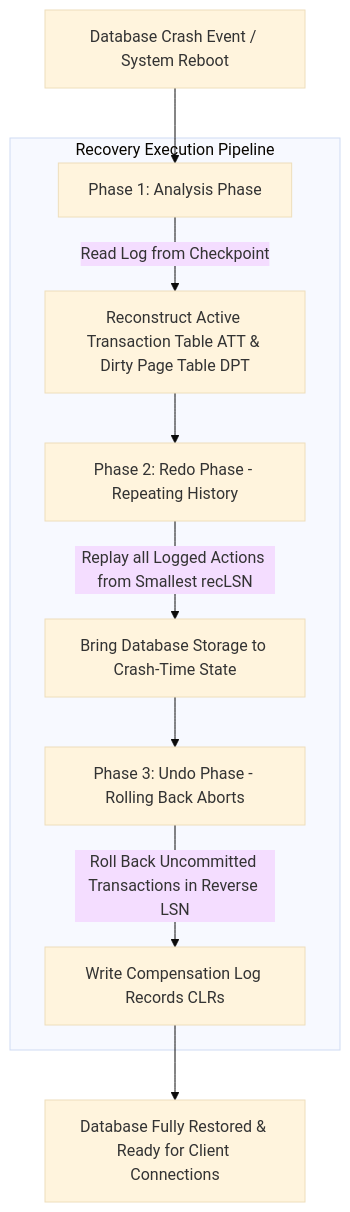
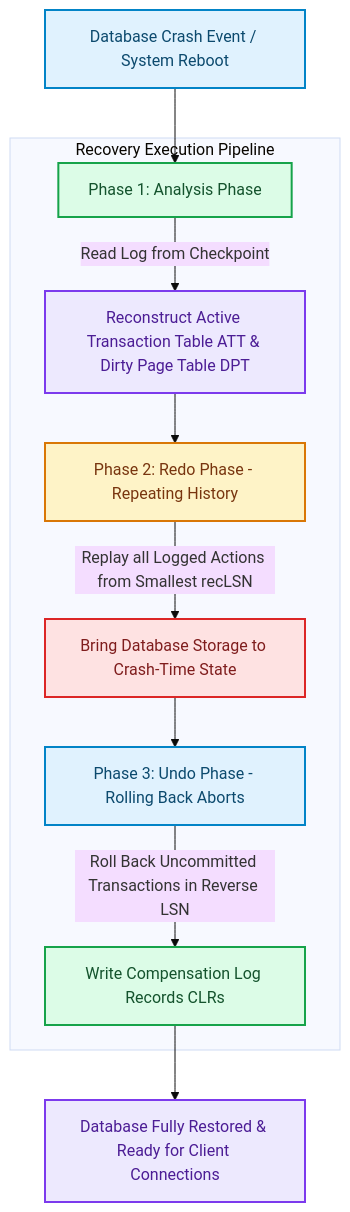
Before and after one commit to akmalkhaniub/akmalkhaniub.github.io: the diagram in blog/posts/wal-recovery-algorithms-aries-protocol-storage-engines.md, drawn with Mermaid (base theme). The commit also changed other lines of this file and 1291 other files, not shown here.

First line of the commit message:
feat(catalog): unique covers, scholarly references, and diagram palettes

````diff
--- a/blog/posts/wal-recovery-algorithms-aries-protocol-storage-engines.md
+++ b/blog/posts/wal-recovery-algorithms-aries-protocol-storage-engines.md
@@ -17,14 +17,25 @@
 ```mermaid
 flowchart TD
-  A[Database Crash Event / System Reboot] --> B[Phase 1: Analysis Phase]
+  A["Database Crash Event / System Reboot"] --> B["Phase 1: Analysis Phase"]
   
   subgraph SG1_RecoveryExecutionPipeline ["Recovery Execution Pipeline"]
-    B -->|Read Log from Checkpoint| B1[Reconstruct Active Transaction Table ATT & Dirty Page Table DPT]
-    B1 --> C[Phase 2: Redo Phase - Repeating History]
-    C -->|Replay all Logged Actions from Smallest recLSN| C1[Bring Database Storage to Crash-Time State]
-    C1 --> D[Phase 3: Undo Phase - Rolling Back Aborts]
-    D -->|Roll Back Uncommitted Transactions in Reverse LSN| D1[Write Compensation Log Records CLRs]
+    B -->|Read Log from Checkpoint| B1["Reconstruct Active Transaction Table ATT & Dirty Page Table DPT"]
+    B1 --> C["Phase 2: Redo Phase - Repeating History"]
+    C -->|Replay all Logged Actions from Smallest recLSN| C1["Bring Database Storage to Crash-Time State"]
+    C1 --> D["Phase 3: Undo Phase - Rolling Back Aborts"]
+    D -->|Roll Back Uncommitted Transactions in Reverse LSN| D1["Write Compensation Log Records CLRs"]
   end
   
-  D1 --> E[Database Fully Restored & Ready for Client Connections]
+  D1 --> E["Database Fully Restored & Ready for Client Connections"]
+
+classDef green fill:#dcfce7,stroke:#16a34a,stroke-width:2px,color:#14532d;
+classDef red fill:#fee2e2,stroke:#dc2626,stroke-width:2px,color:#7f1d1d;
+classDef blue fill:#e0f2fe,stroke:#0284c7,stroke-width:2px,color:#0c4a6e;
+classDef yellow fill:#fef3c7,stroke:#d97706,stroke-width:2px,color:#78350f;
+classDef purple fill:#ede9fe,stroke:#7c3aed,stroke-width:2px,color:#4c1d95;
+class A,D blue
+class B,D1 green
+class B1,E purple
+class C yellow
+class C1 red
 ```
````
